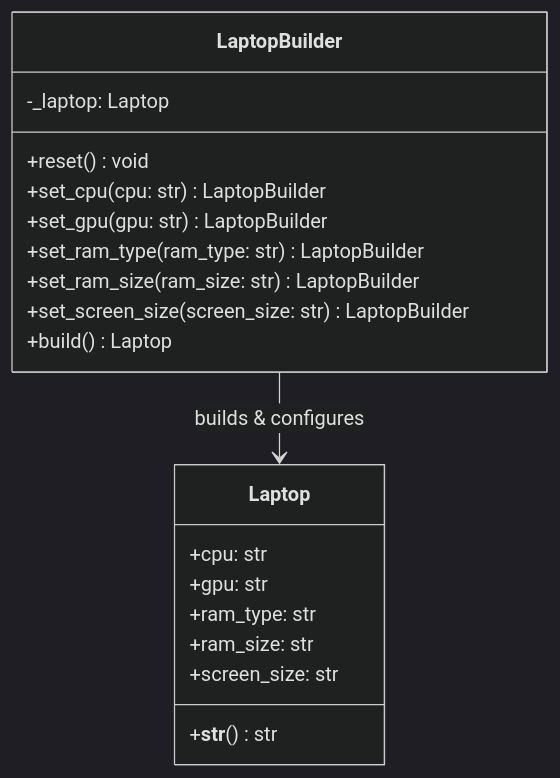
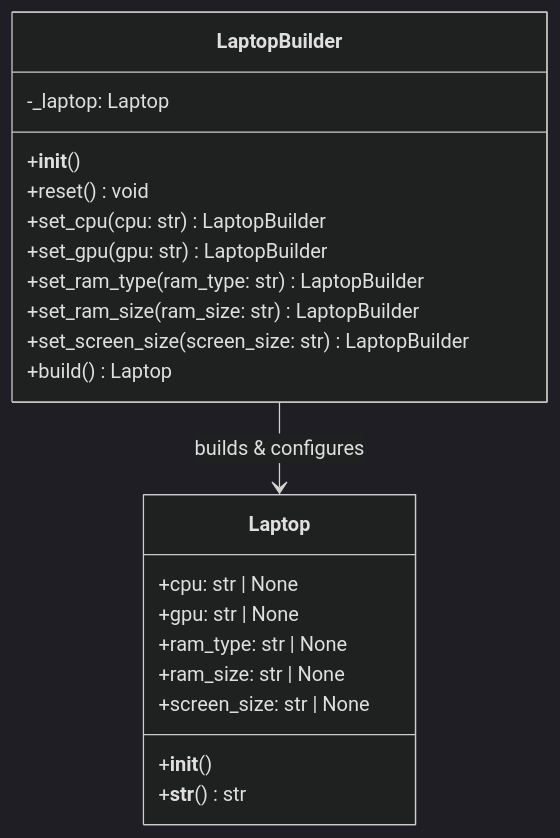
Before and after one commit to chahatsagarmain/lld: the first of 2 diagrams in builder/README.md, drawn with Mermaid (dark theme). The commit also changed other lines of this file and 13 other files, not shown here.

````diff
--- a/builder/README.md
+++ b/builder/README.md
@@ -28,24 +44,26 @@
 ```mermaid
 classDiagram
     class Laptop {
-        +cpu: str
-        +gpu: str
-        +ram_type: str
-        +ram_size: str
-        +screen_size: str
+        +cpu: str | None
+        +gpu: str | None
+        +ram_type: str | None
+        +ram_size: str | None
+        +screen_size: str | None
+        +__init__()
         +__str__() str
     }
 
     class LaptopBuilder {
         -_laptop: Laptop
+        +__init__()
         +reset() void
         +set_cpu(cpu: str) LaptopBuilder
         +set_gpu(gpu: str) LaptopBuilder
         +set_ram_type(ram_type: str) LaptopBuilder
         +set_ram_size(ram_size: str) LaptopBuilder
         +set_screen_size(screen_size: str) LaptopBuilder
         +build() Laptop
     }
 
     LaptopBuilder --> Laptop : builds & configures
 ```
````
